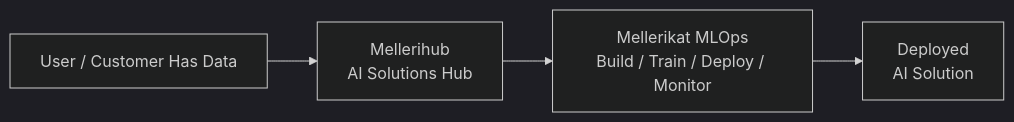
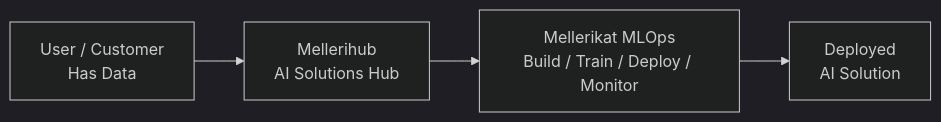
One commit to mellerihub/Awesome-AISolutions-for-mellerikat changed the diagram in README.md. Above: the diagram before and after it, drawn with Mermaid (dark theme).

````diff
--- a/README.md
+++ b/README.md
@@ -13,6 +13,6 @@
 ```mermaid
 flowchart LR
-    A["User / Customer Has Data"] --> B["Mellerihub<br>AI Solutions Hub"]
-    B --> C["Mellerikat MLOps\nBuild / Train / Deploy / Monitor"]
-    C --> D["Deployed\nAI Solution"]
+    A["User / Customer<br>Has Data"] --> B["Mellerihub<br>AI Solutions Hub"]
+    B --> C["Mellerikat MLOps<br>Build / Train / Deploy / Monitor"]
+    C --> D["Deployed<br>AI Solution"]
 ```
````
